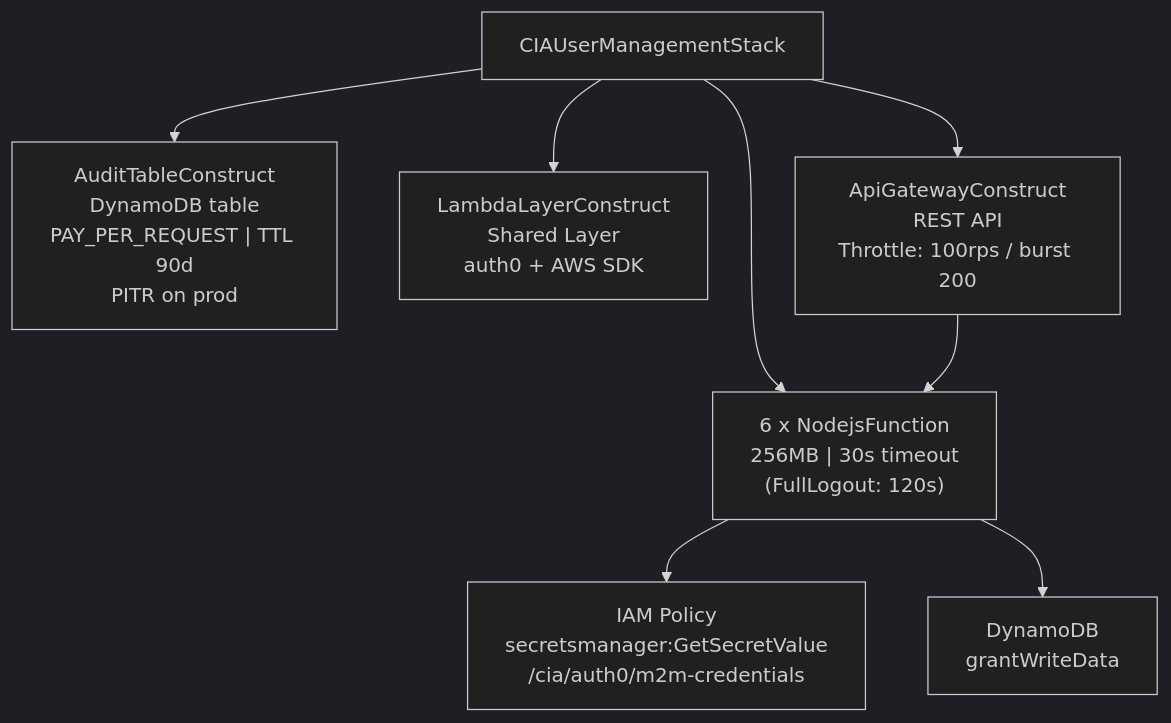
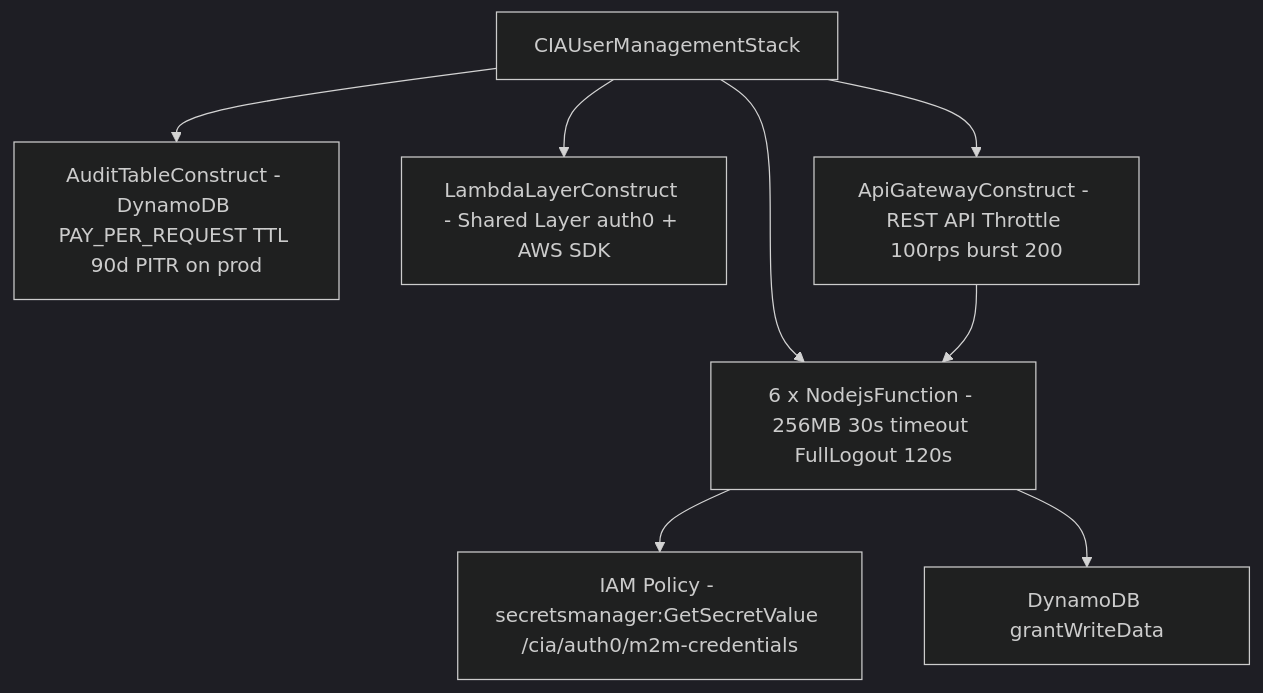
Before and after one commit to saimanda/cia-user-management: the third of 3 diagrams in README.md, drawn with Mermaid (dark theme). The commit also changed other lines of this file, not shown here.

Commit message:
Fix Mermaid parse errors in README by removing unsupported \n in node and edge labels

````diff
--- a/README.md
+++ b/README.md
@@ -179,14 +179,14 @@
 ```mermaid
 graph TD
     STACK["CIAUserManagementStack"]
 
-    STACK --> ATC["AuditTableConstruct\nDynamoDB table\nPAY_PER_REQUEST | TTL 90d\nPITR on prod"]
-    STACK --> LLC["LambdaLayerConstruct\nShared Layer\nauth0 + AWS SDK"]
-    STACK --> AGC["ApiGatewayConstruct\nREST API\nThrottle: 100rps / burst 200"]
-    STACK --> FNS["6 x NodejsFunction\n256MB | 30s timeout\n(FullLogout: 120s)"]
+    STACK --> ATC["AuditTableConstruct - DynamoDB PAY_PER_REQUEST TTL 90d PITR on prod"]
+    STACK --> LLC["LambdaLayerConstruct - Shared Layer auth0 + AWS SDK"]
+    STACK --> AGC["ApiGatewayConstruct - REST API Throttle 100rps burst 200"]
+    STACK --> FNS["6 x NodejsFunction - 256MB 30s timeout FullLogout 120s"]
 
-    FNS --> IAM["IAM Policy\nsecretsmanager:GetSecretValue\n/cia/auth0/m2m-credentials"]
-    FNS --> DDB_GRANT["DynamoDB\ngrantWriteData"]
+    FNS --> IAM["IAM Policy - secretsmanager:GetSecretValue /cia/auth0/m2m-credentials"]
+    FNS --> DDB_GRANT["DynamoDB grantWriteData"]
 
     AGC --> FNS
 ```
````
